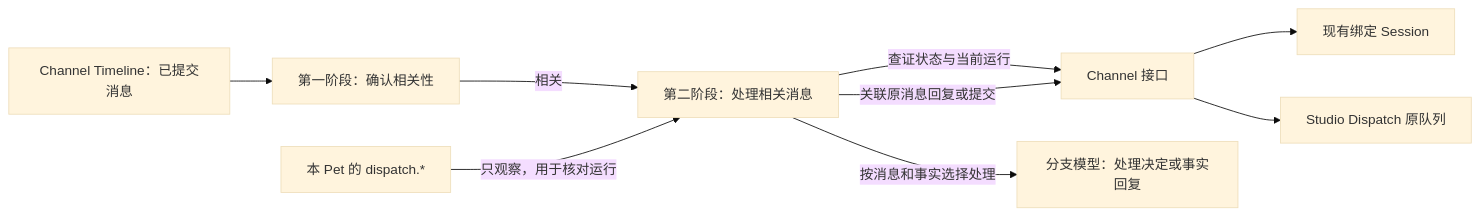
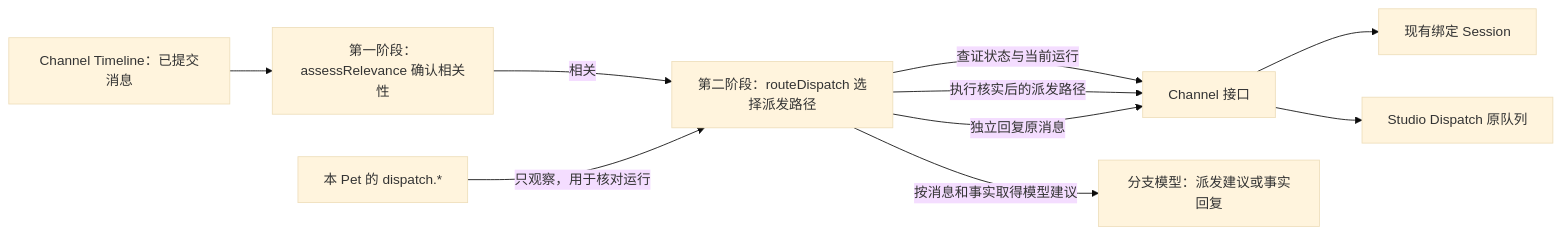
Before and after one commit to pinpawo/pinpawo-agent: the first of 3 diagrams in docs/design/studio/pet-head-mechanism.md, drawn with Mermaid (base theme). The commit also changed other lines of this file and 9 other files, not shown here.

Commit message:
Name Pet Head relevance and dispatch routing stages

````diff
--- a/docs/design/studio/pet-head-mechanism.md
+++ b/docs/design/studio/pet-head-mechanism.md
@@ -17,11 +17,12 @@
 ```mermaid
 flowchart LR
-    T["Channel Timeline：已提交消息"] --> R["第一阶段：确认相关性"]
-    R -->|相关| H["第二阶段：处理相关消息"]
+    T["Channel Timeline：已提交消息"] --> R["第一阶段：assessRelevance 确认相关性"]
+    R -->|相关| H["第二阶段：routeDispatch 选择派发路径"]
     H -->|查证状态与当前运行| C["Channel 接口"]
     C --> S["现有绑定 Session"]
-    H -->|按消息和事实选择处理| M["分支模型：处理决定或事实回复"]
-    H -->|关联原消息回复或提交| C
+    H -->|按消息和事实取得模型建议| M["分支模型：派发建议或事实回复"]
+    H -->|执行核实后的派发路径| C
+    H -->|独立回复原消息| C
     C --> Q["Studio Dispatch 原队列"]
     E["本 Pet 的 dispatch.*"] -->|只观察，用于核对运行| H
 ```
````
